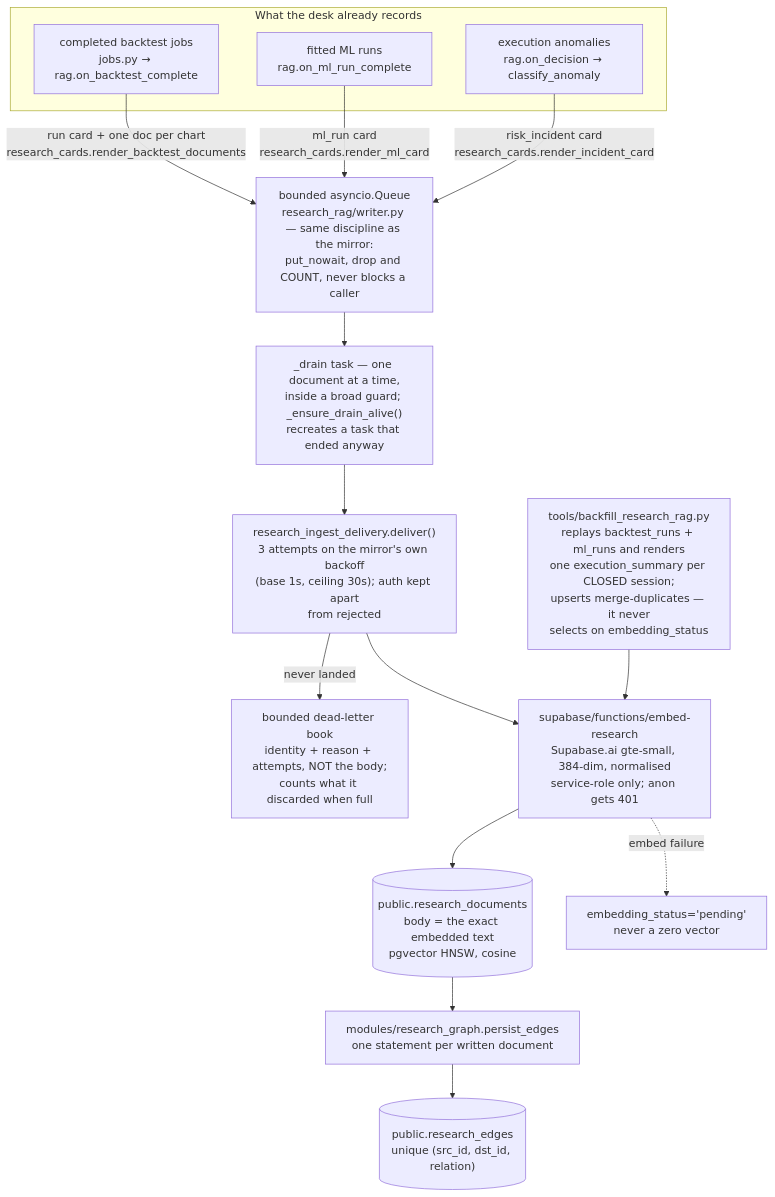
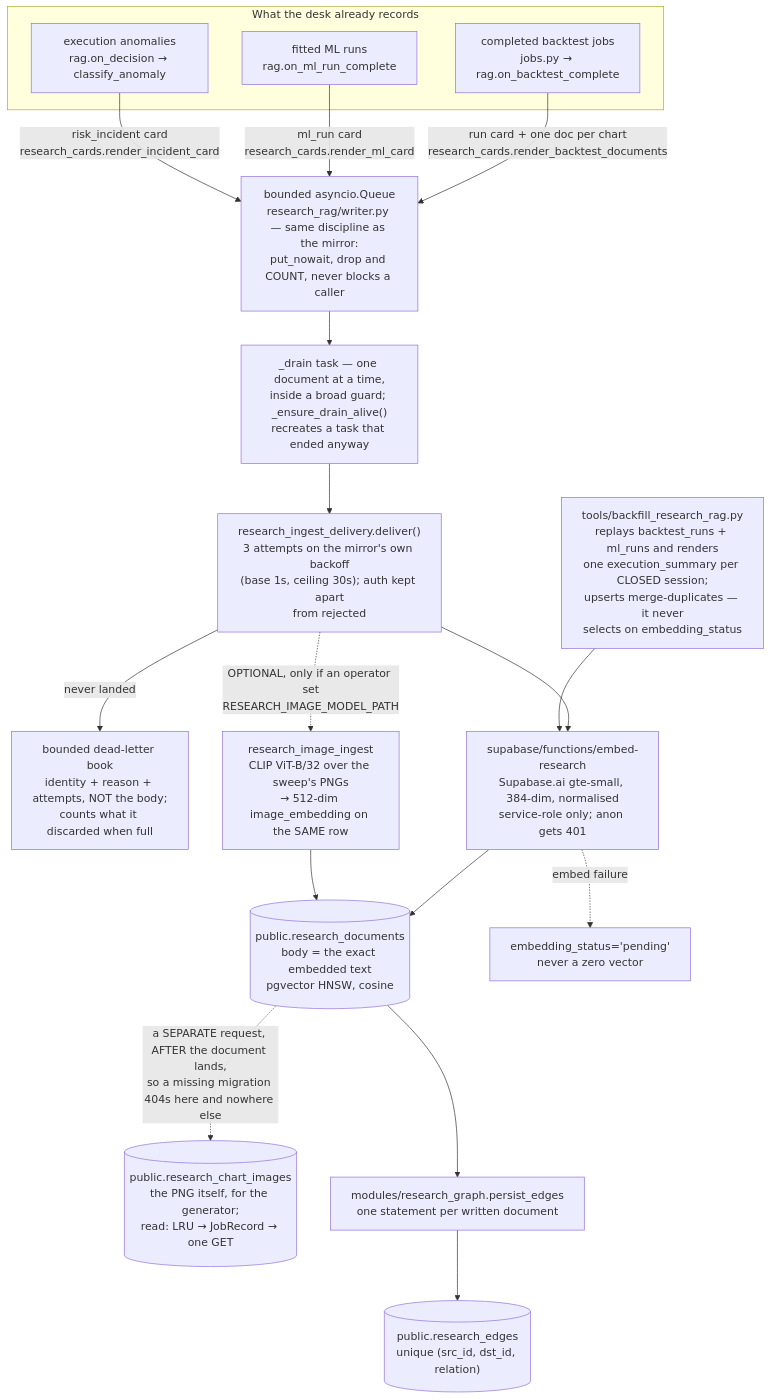
One commit to Manutd1234/AlphaEngine changed the second of 2 diagrams in docs/architecture/DATA_PROCESSING_FLOW.md. Above: the diagram before and after it, drawn with Mermaid. The commit also changed other lines of this file and 23 other files, not shown here.

````diff
--- a/docs/architecture/DATA_PROCESSING_FLOW.md
+++ b/docs/architecture/DATA_PROCESSING_FLOW.md
@@ -191,21 +198,24 @@
 ```mermaid
 flowchart TD
     subgraph sources [What the desk already records]
         BT["completed backtest jobs<br/>jobs.py → rag.on_backtest_complete"]
         ML["fitted ML runs<br/>rag.on_ml_run_complete"]
         AN["execution anomalies<br/>rag.on_decision → classify_anomaly"]
     end
     BT -->|"run card + one doc per chart<br/>research_cards.render_backtest_documents"| Q
     ML -->|"ml_run card<br/>research_cards.render_ml_card"| Q
     AN -->|"risk_incident card<br/>research_cards.render_incident_card"| Q
     Q["bounded asyncio.Queue<br/>research_rag/writer.py — same discipline as the mirror:<br/>put_nowait, drop and COUNT, never blocks a caller"]
     Q --> DR["_drain task — one document at a time,<br/>inside a broad guard; _ensure_drain_alive()<br/>recreates a task that ended anyway"]
     DR --> DEL["research_ingest_delivery.deliver()<br/>3 attempts on the mirror's own backoff<br/>(base 1s, ceiling 30s); auth kept apart<br/>from rejected"]
     DEL -->|"never landed"| DL["bounded dead-letter book<br/>identity + reason + attempts, NOT the body;<br/>counts what it discarded when full"]
     DEL --> EF["supabase/functions/embed-research<br/>Supabase.ai gte-small, 384-dim, normalised<br/>service-role only; anon gets 401"]
     EF --> RD[("public.research_documents<br/>body = the exact embedded text<br/>pgvector HNSW, cosine")]
     EF -.->|"embed failure"| PEND["embedding_status='pending'<br/>never a zero vector"]
+    DEL -.->|"OPTIONAL, only if an operator set<br/>RESEARCH_IMAGE_MODEL_PATH"| IMG["research_image_ingest<br/>CLIP ViT-B/32 over the sweep's PNGs<br/>→ 512-dim image_embedding on the SAME row"]
+    IMG --> RD
+    RD -.->|"a SEPARATE request, AFTER the document lands,<br/>so a missing migration 404s here and nowhere else"| CI[("public.research_chart_images<br/>the PNG itself, for the generator;<br/>read: LRU → JobRecord → one GET")]
     RD --> PE["modules/research_graph.persist_edges<br/>one statement per written document"]
     PE --> RE[("public.research_edges<br/>unique (src_id, dst_id, relation)")]
     BF["tools/backfill_research_rag.py<br/>replays backtest_runs + ml_runs and renders<br/>one execution_summary per CLOSED session;<br/>upserts merge-duplicates — it never<br/>selects on embedding_status"] --> EF
 ```
````
